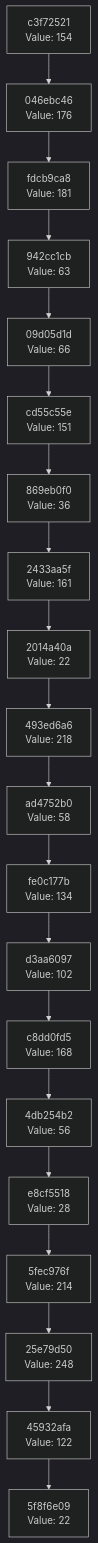
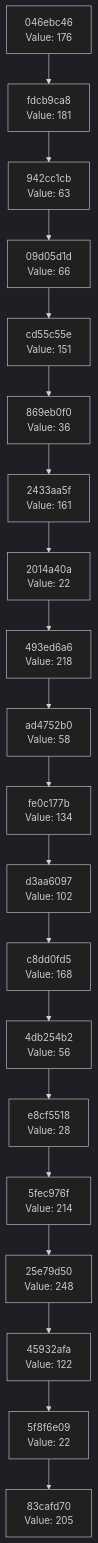
Before and after one commit to Abhisheksinha1506/hash-chain-evolver: the diagram in docs/CHAIN_VISUALIZATION.md, drawn with Mermaid (dark theme). The commit also changed 2 other files, not shown here.

Commit message:
Evolution Step

````diff
--- a/docs/CHAIN_VISUALIZATION.md
+++ b/docs/CHAIN_VISUALIZATION.md
@@ -3,42 +3,42 @@
 ```mermaid
 graph TD
-    C0["5f8f6e09<br/>Value: 22"]
-    C1["45932afa<br/>Value: 122"]
+    C0["83cafd70<br/>Value: 205"]
+    C1["5f8f6e09<br/>Value: 22"]
     C1 --> C0
-    C2["25e79d50<br/>Value: 248"]
+    C2["45932afa<br/>Value: 122"]
     C2 --> C1
-    C3["5fec976f<br/>Value: 214"]
+    C3["25e79d50<br/>Value: 248"]
     C3 --> C2
-    C4["e8cf5518<br/>Value: 28"]
+    C4["5fec976f<br/>Value: 214"]
     C4 --> C3
-    C5["4db254b2<br/>Value: 56"]
+    C5["e8cf5518<br/>Value: 28"]
     C5 --> C4
-    C6["c8dd0fd5<br/>Value: 168"]
+    C6["4db254b2<br/>Value: 56"]
     C6 --> C5
-    C7["d3aa6097<br/>Value: 102"]
+    C7["c8dd0fd5<br/>Value: 168"]
     C7 --> C6
-    C8["fe0c177b<br/>Value: 134"]
+    C8["d3aa6097<br/>Value: 102"]
     C8 --> C7
-    C9["ad4752b0<br/>Value: 58"]
+    C9["fe0c177b<br/>Value: 134"]
     C9 --> C8
-    C10["493ed6a6<br/>Value: 218"]
+    C10["ad4752b0<br/>Value: 58"]
     C10 --> C9
-    C11["2014a40a<br/>Value: 22"]
+    C11["493ed6a6<br/>Value: 218"]
     C11 --> C10
-    C12["2433aa5f<br/>Value: 161"]
+    C12["2014a40a<br/>Value: 22"]
     C12 --> C11
-    C13["869eb0f0<br/>Value: 36"]
+    C13["2433aa5f<br/>Value: 161"]
     C13 --> C12
-    C14["cd55c55e<br/>Value: 151"]
+    C14["869eb0f0<br/>Value: 36"]
     C14 --> C13
-    C15["09d05d1d<br/>Value: 66"]
+    C15["cd55c55e<br/>Value: 151"]
     C15 --> C14
-    C16["942cc1cb<br/>Value: 63"]
+    C16["09d05d1d<br/>Value: 66"]
     C16 --> C15
-    C17["fdcb9ca8<br/>Value: 181"]
+    C17["942cc1cb<br/>Value: 63"]
     C17 --> C16
-    C18["046ebc46<br/>Value: 176"]
+    C18["fdcb9ca8<br/>Value: 181"]
     C18 --> C17
-    C19["c3f72521<br/>Value: 154"]
+    C19["046ebc46<br/>Value: 176"]
     C19 --> C18
 ```
````
